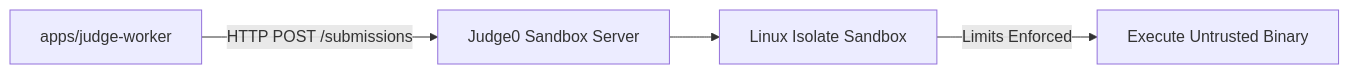
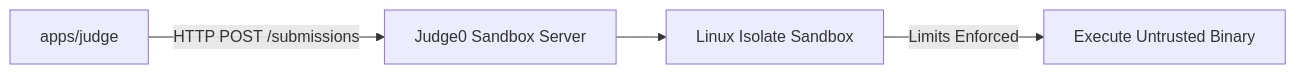
The diagram in docs/sandbox-security.md (jack1e2401/fessior), drawn with Mermaid before and after one commit. The commit also changed 202 other files, not shown here.

````diff
--- a/docs/sandbox-security.md
+++ b/docs/sandbox-security.md
@@ -11,6 +11,6 @@
 ```mermaid
 flowchart LR
-  Worker[apps/judge-worker] -->|HTTP POST /submissions| Judge0[Judge0 Sandbox Server]
+  Judge[apps/judge] -->|HTTP POST /submissions| Judge0[Judge0 Sandbox Server]
   Judge0 --> Isolate[Linux Isolate Sandbox]
   Isolate -->|Limits Enforced| Run[Execute Untrusted Binary]
 ```
````
